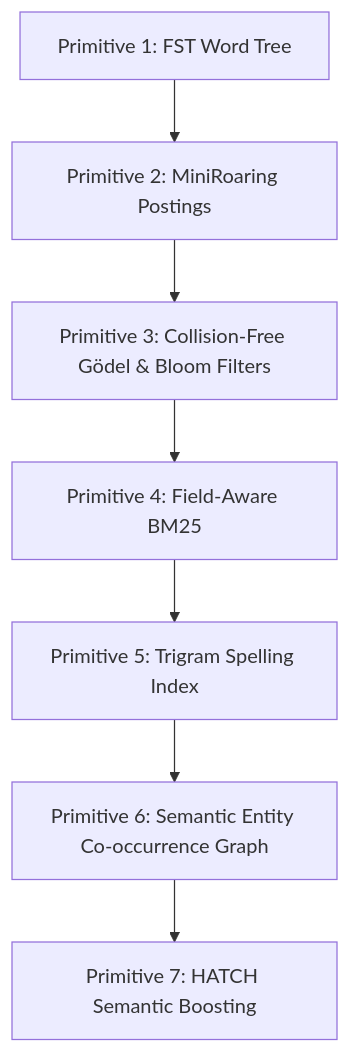
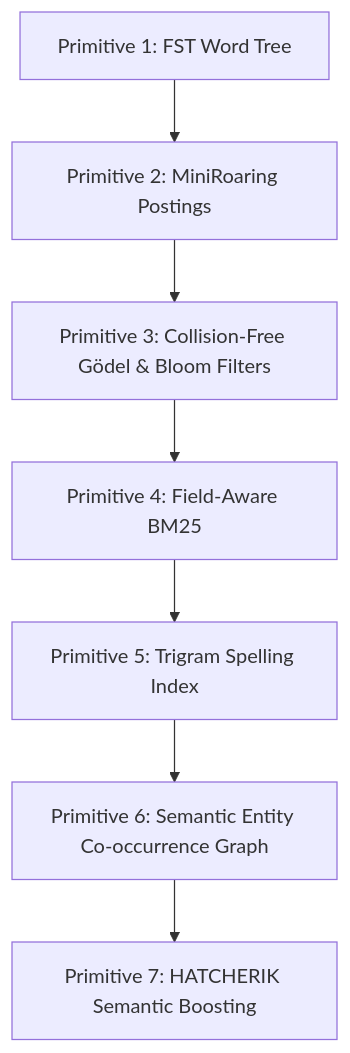
Before and after one commit to kordless/lume: the diagram in README.md, drawn with Mermaid. The commit also changed other lines of this file and 3 other files, not shown here.

````diff
--- a/README.md
+++ b/README.md
@@ -137,9 +137,9 @@
 ```mermaid
 graph TD
     P1[Primitive 1: FST Word Tree] --> P2[Primitive 2: MiniRoaring Postings]
     P2 --> P3[Primitive 3: Collision-Free Gödel & Bloom Filters]
     P3 --> P4[Primitive 4: Field-Aware BM25]
     P4 --> P5[Primitive 5: Trigram Spelling Index]
     P5 --> P6[Primitive 6: Semantic Entity Co-occurrence Graph]
-    P6 --> P7[Primitive 7: HATCH Semantic Boosting]
+    P6 --> P7[Primitive 7: HATCHERIK Semantic Boosting]
 ```
````
